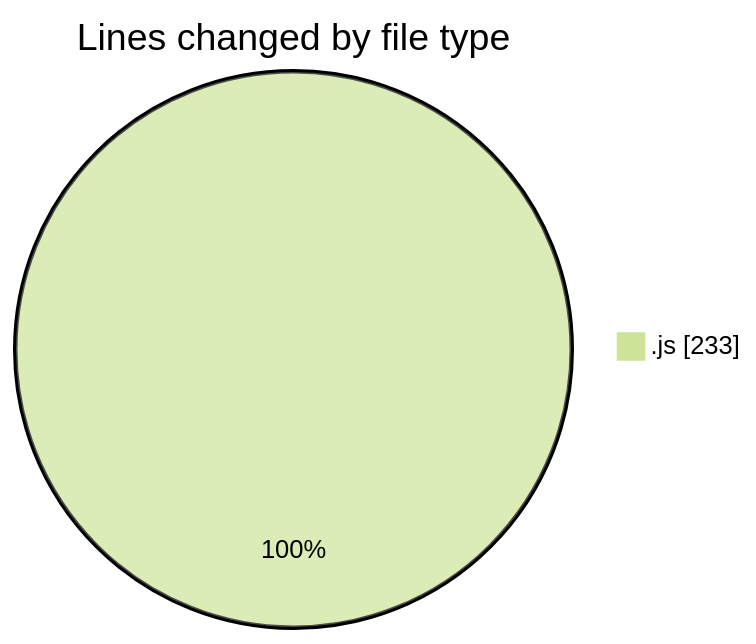
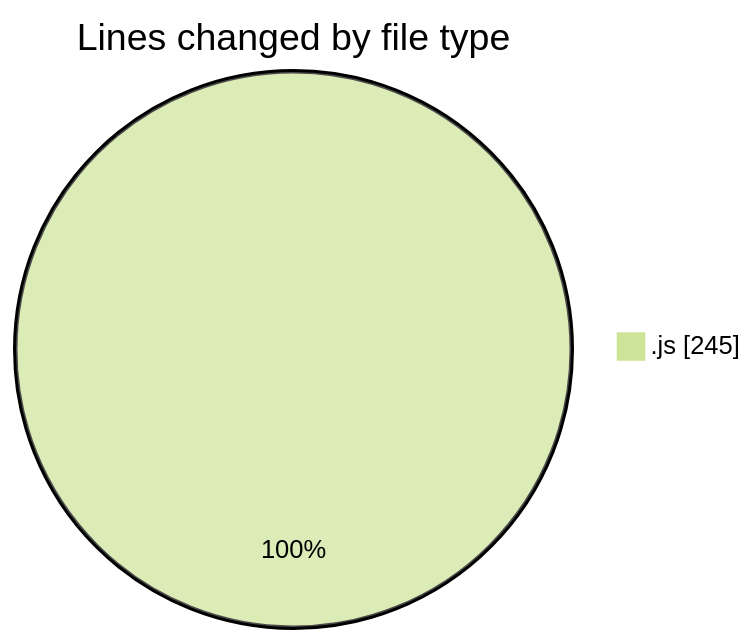
One commit to momahboobian/code-tracking changed the first of 2 diagrams in 2025-02-03/cda/README.md. Above: the diagram before and after it, drawn with Mermaid (forest theme). The commit also changed other lines of this file and 1 other file, not shown here.

````diff
--- a/2025-02-03/cda/README.md
+++ b/2025-02-03/cda/README.md
@@ -22,5 +22,5 @@
 ```mermaid
 pie showData
 title Lines changed by file type
-".js" : 233
+".js" : 245
 ```
````
